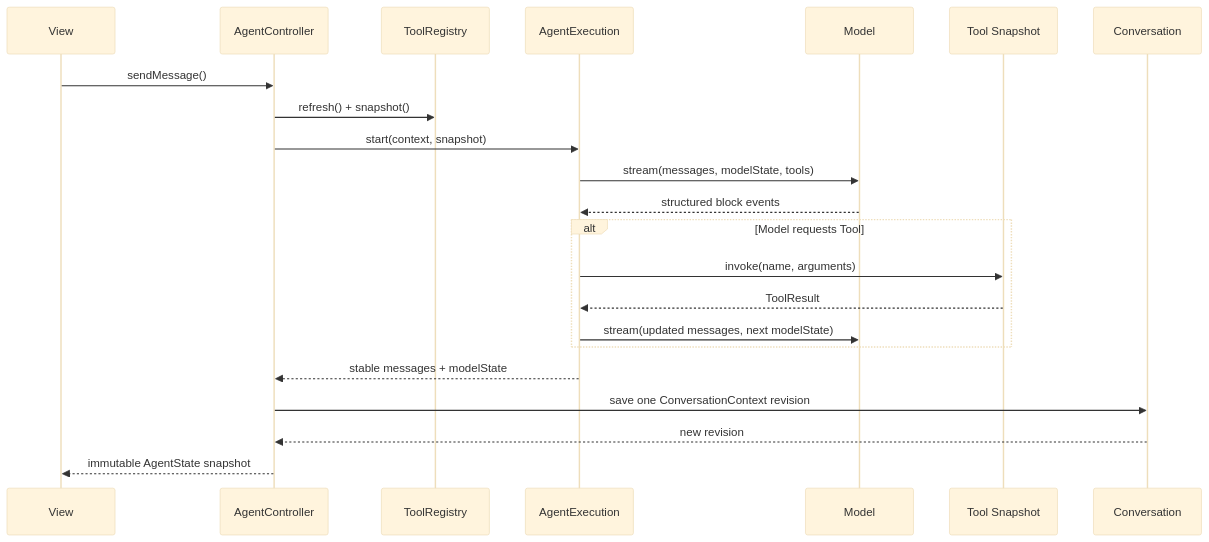
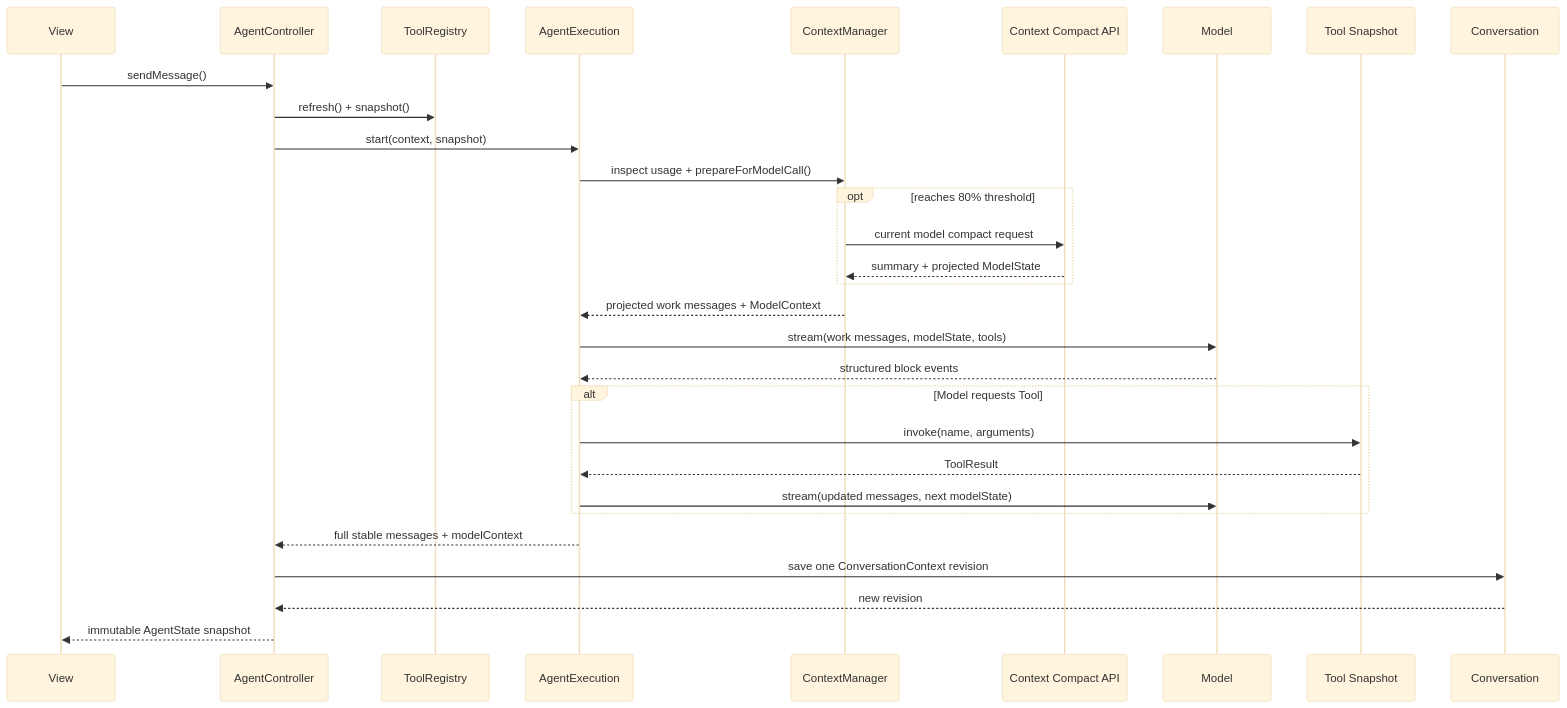
One commit to HanHan666666/patchbridge-agent changed the second of 2 diagrams in docs/architecture/overview.md. Above: the diagram before and after it, drawn with Mermaid (base theme). The commit also changed other lines of this file and 98 other files, not shown here.

````diff
--- a/docs/architecture/overview.md
+++ b/docs/architecture/overview.md
@@ -304,25 +322,33 @@
 ```mermaid
 sequenceDiagram
     participant V as View
     participant C as AgentController
     participant R as ToolRegistry
     participant E as AgentExecution
+    participant X as ContextManager
+    participant A as Context Compact API
     participant M as Model
     participant T as Tool Snapshot
     participant P as Conversation
 
     V->>C: sendMessage()
     C->>R: refresh() + snapshot()
     C->>E: start(context, snapshot)
-    E->>M: stream(messages, modelState, tools)
+    E->>X: inspect usage + prepareForModelCall()
+    opt reaches 80% threshold
+        X->>A: current model compact request
+        A-->>X: summary + projected ModelState
+    end
+    X-->>E: projected work messages + ModelContext
+    E->>M: stream(work messages, modelState, tools)
     M-->>E: structured block events
     alt Model requests Tool
         E->>T: invoke(name, arguments)
         T-->>E: ToolResult
         E->>M: stream(updated messages, next modelState)
     end
-    E-->>C: stable messages + modelState
+    E-->>C: full stable messages + modelContext
     C->>P: save one ConversationContext revision
     P-->>C: new revision
     C-->>V: immutable AgentState snapshot
 ```
````
